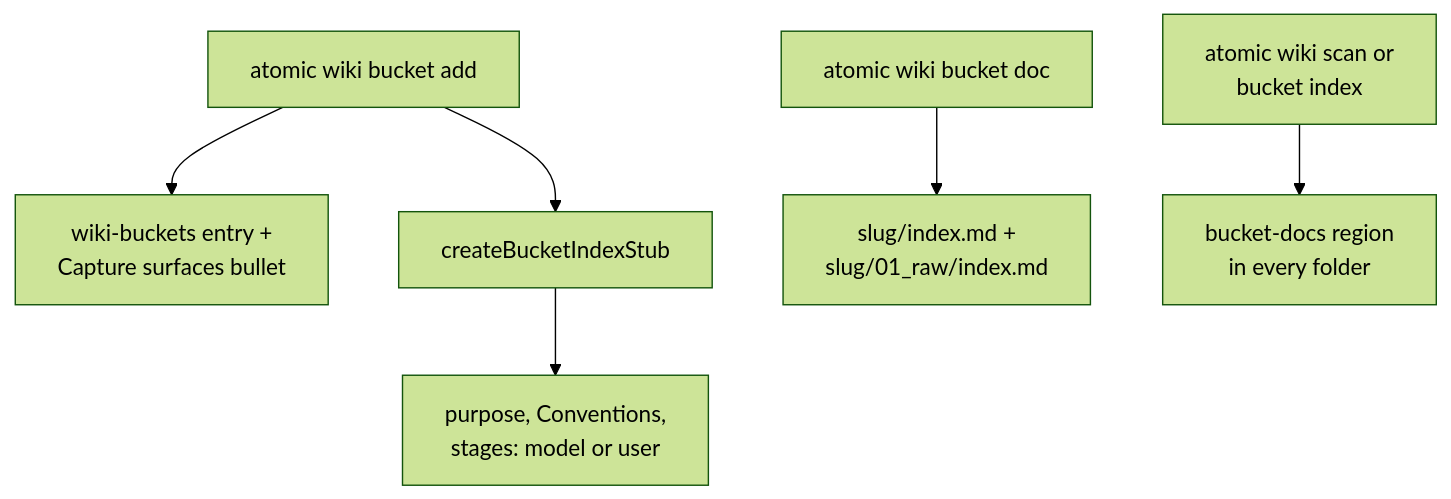
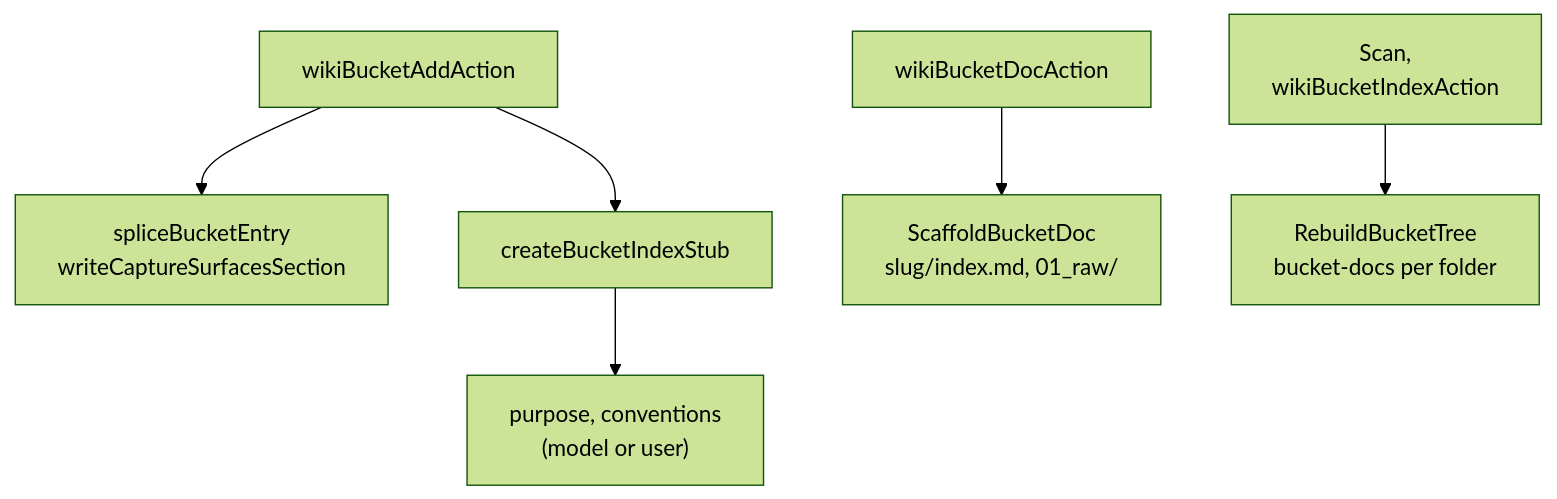
Before and after one commit to damusix/atomic-claude: the seventh of 11 diagrams in docs/wiki/wiki.md, drawn with Mermaid (forest theme). The commit also changed other lines of this file and 795 other files, not shown here.

````diff
--- a/docs/wiki/wiki.md
+++ b/docs/wiki/wiki.md
@@ -217,9 +179,9 @@
 ```mermaid
 flowchart TD
-    %% source: docs/design/wiki-buckets.md, atomic/internal/wiki/action.go, atomic/internal/wiki/bucket_registry.go, atomic/internal/wiki/bucketdoc.go, atomic/internal/wiki/bucketindex.go
-    ADD["atomic wiki bucket add"] --> REG["wiki-buckets entry +<br/>Capture surfaces bullet"]
+    %% source: docs/design/wiki-buckets.md, atomic/internal/wiki/action.go (wikiBucketAddAction, wikiBucketDocAction, wikiBucketIndexAction), atomic/internal/wiki/bucket_registry.go, atomic/internal/wiki/bucketdoc.go, atomic/internal/wiki/bucketindex.go
+    ADD["wikiBucketAddAction"] --> REG["spliceBucketEntry<br/>writeCaptureSurfacesSection"]
     ADD --> STUB["createBucketIndexStub"]
-    STUB --> FILL["purpose, Conventions,<br/>stages: model or user"]
-    DOC["atomic wiki bucket doc"] --> ITEM["slug/index.md +<br/>slug/01_raw/index.md"]
-    SCAN["atomic wiki scan or<br/>bucket index"] --> IDX["bucket-docs region<br/>in every folder"]
+    STUB --> FILL["purpose, conventions<br/>(model or user)"]
+    DOC["wikiBucketDocAction"] --> ITEM["ScaffoldBucketDoc<br/>slug/index.md, 01_raw/"]
+    IDX["Scan,<br/>wikiBucketIndexAction"] --> TREE["RebuildBucketTree<br/>bucket-docs per folder"]
 ```
````
